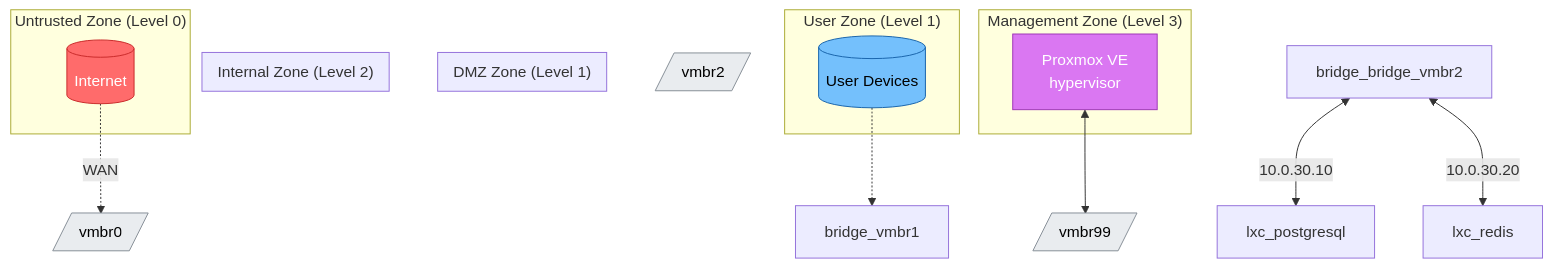
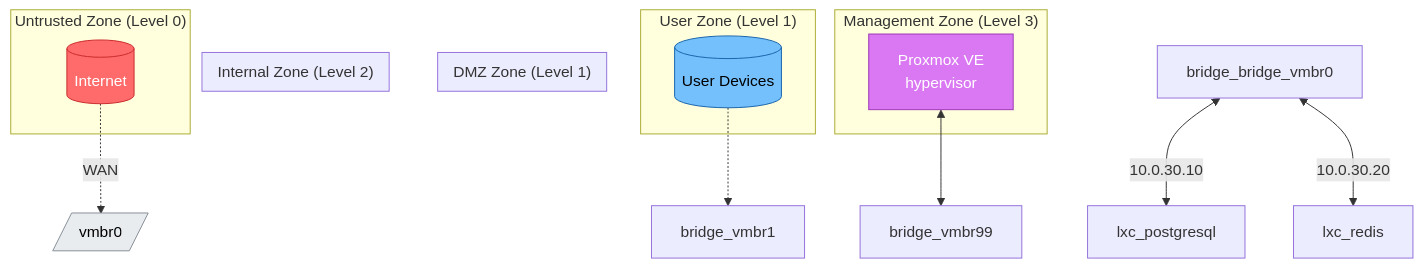
Before and after one commit to strateg/home-lab: the diagram in new_system_v4/generated/docs/network-diagram.md, drawn with Mermaid. The commit also changed other lines of this file and 20 other files, not shown here.

````diff
--- a/new_system_v4/generated/docs/network-diagram.md
+++ b/new_system_v4/generated/docs/network-diagram.md
@@ -10,63 +10,61 @@
 ```mermaid
 graph TB
     %% ============================================================
     %% Trust Zones
     %% ============================================================
 
     subgraph UNTRUSTED["Untrusted Zone (Level 0)"]
         INTERNET[("Internet")]
     end
 
     subgraph DMZ["DMZ Zone (Level 1)"]
     end
 
     subgraph USER["User Zone (Level 1)"]
         USERS[("User Devices")]
     end
 
     subgraph INTERNAL["Internal Zone (Level 2)"]
     end
 
     subgraph MGMT["Management Zone (Level 3)"]
         PROXMOX["Proxmox VE<br/>hypervisor"]
     end
 
     %% ============================================================
     %% Network Bridges
     %% ============================================================
 
     bridge_vmbr0[/"vmbr0"/]
-    bridge_vmbr2[/"vmbr2"/]
-    bridge_vmbr99[/"vmbr99"/]
 
     %% ============================================================
     %% Network Connections
     %% ============================================================
 
     %% Internet → DMZ
     INTERNET -.->|WAN| bridge_vmbr0
 
     %% Bridges to VMs/LXC
 
-    bridge_bridge_vmbr2 <-->|10.0.30.10| lxc_postgresql
-    bridge_bridge_vmbr2 <-->|10.0.30.20| lxc_redis
+    bridge_bridge_vmbr0 <-->|10.0.30.10| lxc_postgresql
+    bridge_bridge_vmbr0 <-->|10.0.30.20| lxc_redis
 
     %% Proxmox management
     PROXMOX <--> bridge_vmbr99
 
     %% User to DMZ
     USERS -.-> bridge_vmbr1
 
     %% Styling
     classDef untrusted fill:#ff6b6b,stroke:#c92a2a,color:#fff
     classDef dmz fill:#fab005,stroke:#f08c00,color:#000
     classDef user fill:#74c0fc,stroke:#1864ab,color:#000
     classDef internal fill:#51cf66,stroke:#2b8a3e,color:#000
     classDef mgmt fill:#da77f2,stroke:#9c36b5,color:#fff
     classDef bridge fill:#e9ecef,stroke:#868e96,color:#000
 
     class INTERNET untrusted
     class USERS user
     class PROXMOX mgmt
-    class bridge_vmbr0,bridge_vmbr2,bridge_vmbr99 bridge
+    class bridge_vmbr0 bridge
 ```
````
